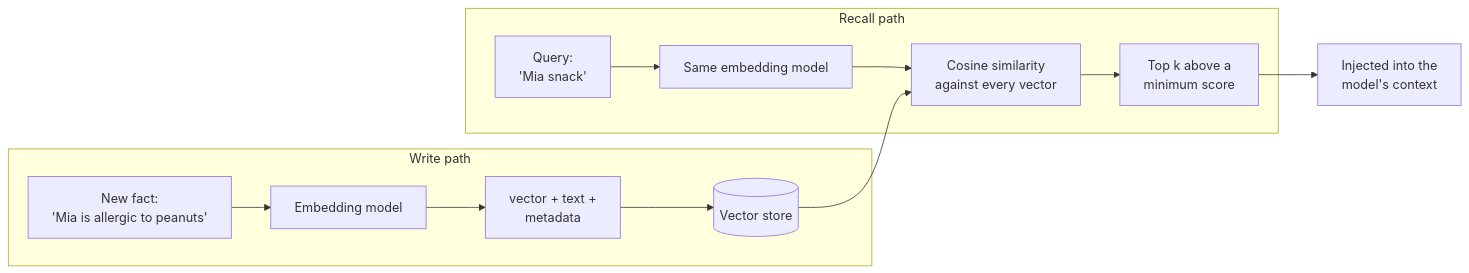
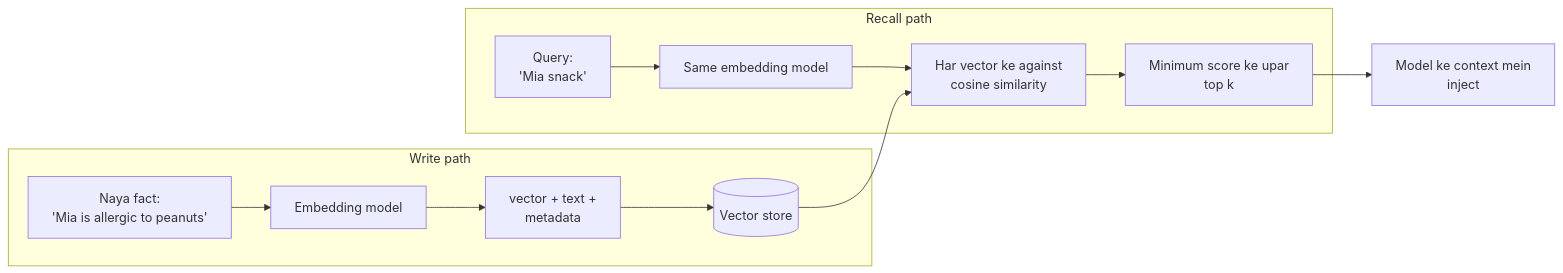
The diagram in docs/05-memory/05.3-vector-memory.md (asmustechno/agentic-ai-notes), drawn with Mermaid before and after one commit. The commit also changed other lines of this file and 135 other files, not shown here.

````diff
--- a/docs/05-memory/05.3-vector-memory.md
+++ b/docs/05-memory/05.3-vector-memory.md
@@ -48,11 +50,11 @@
 ```mermaid
 flowchart LR
     subgraph Write["Write path"]
-        F["New fact:<br/>'Mia is allergic to peanuts'"] --> E1["Embedding model"] --> V1["vector + text +<br/>metadata"] --> DB[("Vector store")]
+        F["Naya fact:<br/>'Mia is allergic to peanuts'"] --> E1["Embedding model"] --> V1["vector + text +<br/>metadata"] --> DB[("Vector store")]
     end
     subgraph Read["Recall path"]
-        Q["Query:<br/>'Mia snack'"] --> E2["Same embedding model"] --> S["Cosine similarity<br/>against every vector"] --> K["Top k above a<br/>minimum score"]
+        Q["Query:<br/>'Mia snack'"] --> E2["Same embedding model"] --> S["Har vector ke against<br/>cosine similarity"] --> K["Minimum score ke upar<br/>top k"]
     end
     DB --> S
-    K --> C["Injected into the<br/>model's context"]
+    K --> C["Model ke context mein<br/>inject"]
 ```
````
